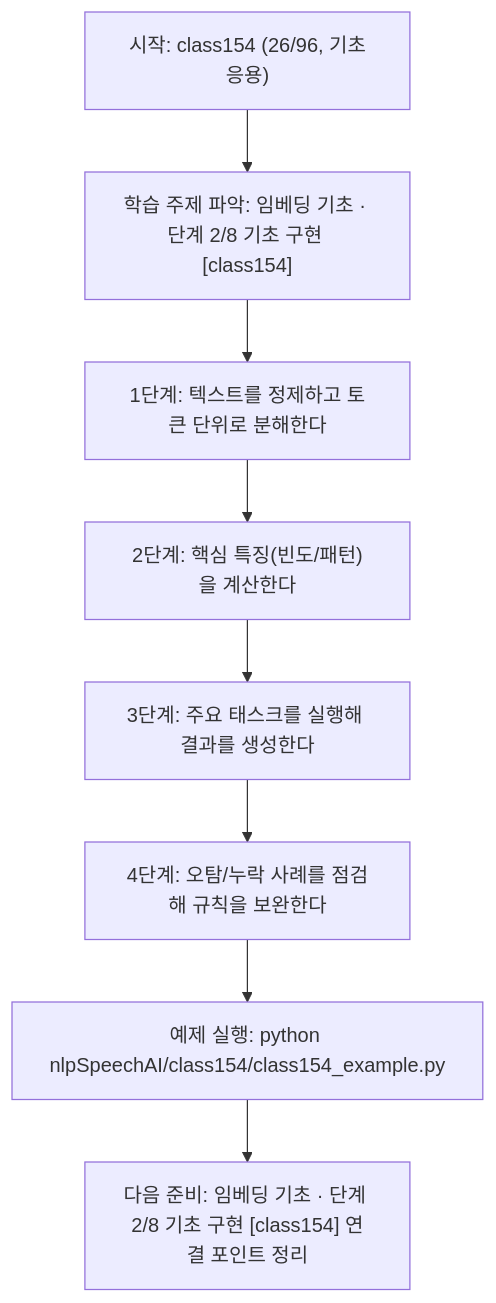
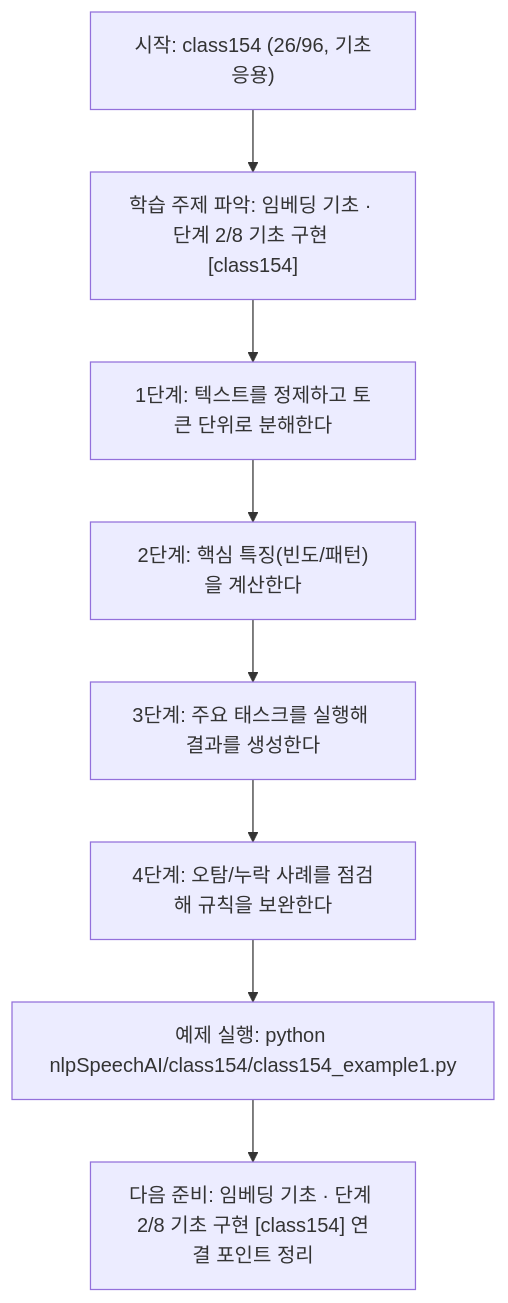
One commit to edumgt/Python-AI_Agent-Class changed the diagram in nlpSpeechAI/class154/class154.md. Above: the diagram before and after it, drawn with Mermaid. The commit also changed other lines of this file and 2959 other files, not shown here.

````diff
--- a/nlpSpeechAI/class154/class154.md
+++ b/nlpSpeechAI/class154/class154.md
@@ -113,18 +113,18 @@
 ```mermaid
 flowchart TD
 N1["시작: class154 (26/96, 기초응용)"]
 N2["학습 주제 파악: 임베딩 기초 · 단계 2/8 기초 구현 [class154]"]
 N3["1단계: 텍스트를 정제하고 토큰 단위로 분해한다"]
 N4["2단계: 핵심 특징(빈도/패턴)을 계산한다"]
 N5["3단계: 주요 태스크를 실행해 결과를 생성한다"]
 N6["4단계: 오탐/누락 사례를 점검해 규칙을 보완한다"]
-N7["예제 실행: python nlpSpeechAI/class154/class154_example.py"]
+N7["예제 실행: python nlpSpeechAI/class154/class154_example1.py"]
 N8["다음 준비: 임베딩 기초 · 단계 2/8 기초 구현 [class154] 연결 포인트 정리"]
 N1 --> N2
 N2 --> N3
 N3 --> N4
 N4 --> N5
 N5 --> N6
 N6 --> N7
 N7 --> N8
 ```
````
